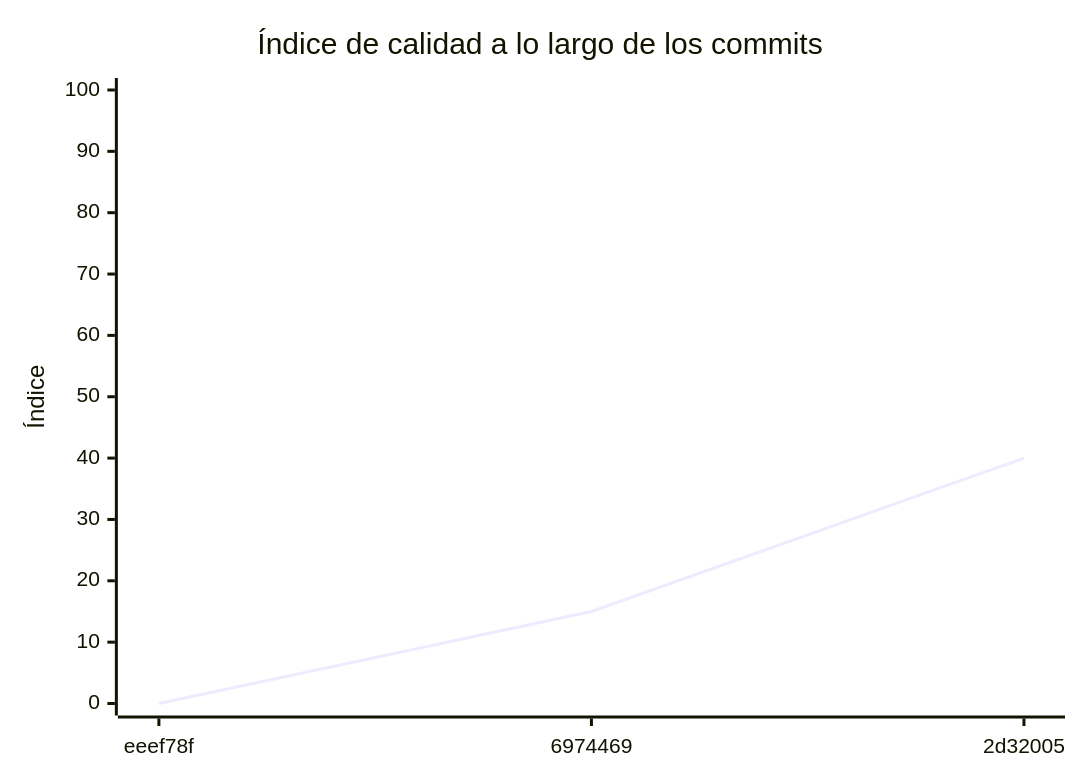
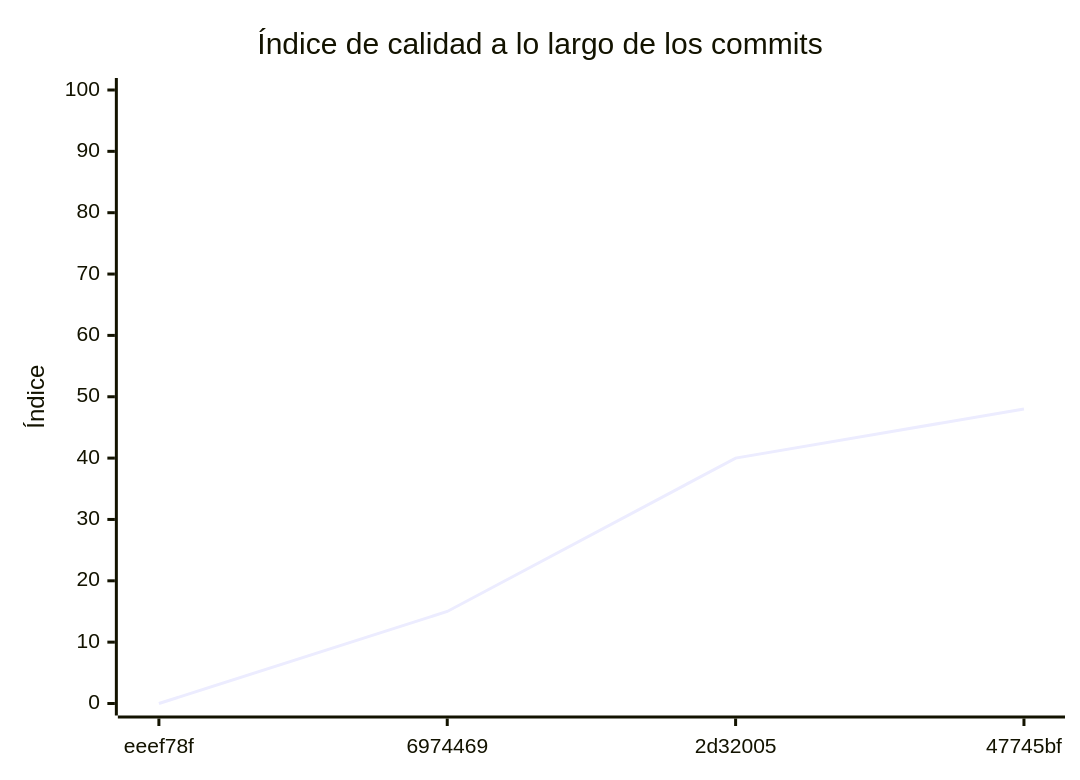
The diagram in docs/EVALUACION.md (prog-2-SQR/Backend-Turnos), drawn with Mermaid before and after one commit. The commit also changed other lines of this file and 1 other file, not shown here.

````diff
--- a/docs/EVALUACION.md
+++ b/docs/EVALUACION.md
@@ -123,7 +119,7 @@
 ```mermaid
 xychart-beta
     title "Índice de calidad a lo largo de los commits"
-    x-axis ["eeef78f", "6974469", "2d32005"]
+    x-axis ["eeef78f", "6974469", "2d32005", "47745bf"]
     y-axis "Índice" 0 --> 100
-    line [0, 15, 40]
+    line [0, 15, 40, 48]
 ```
````
